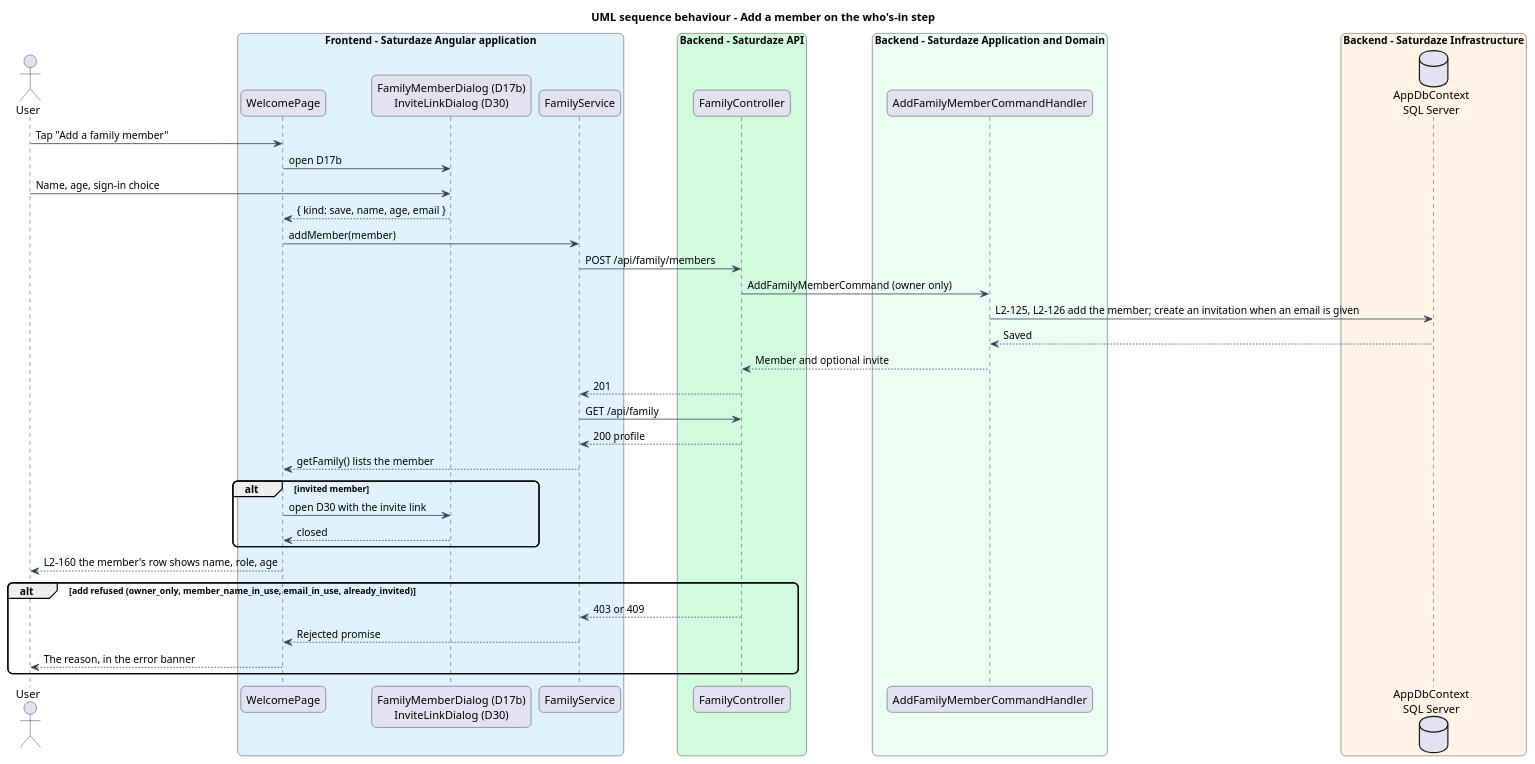
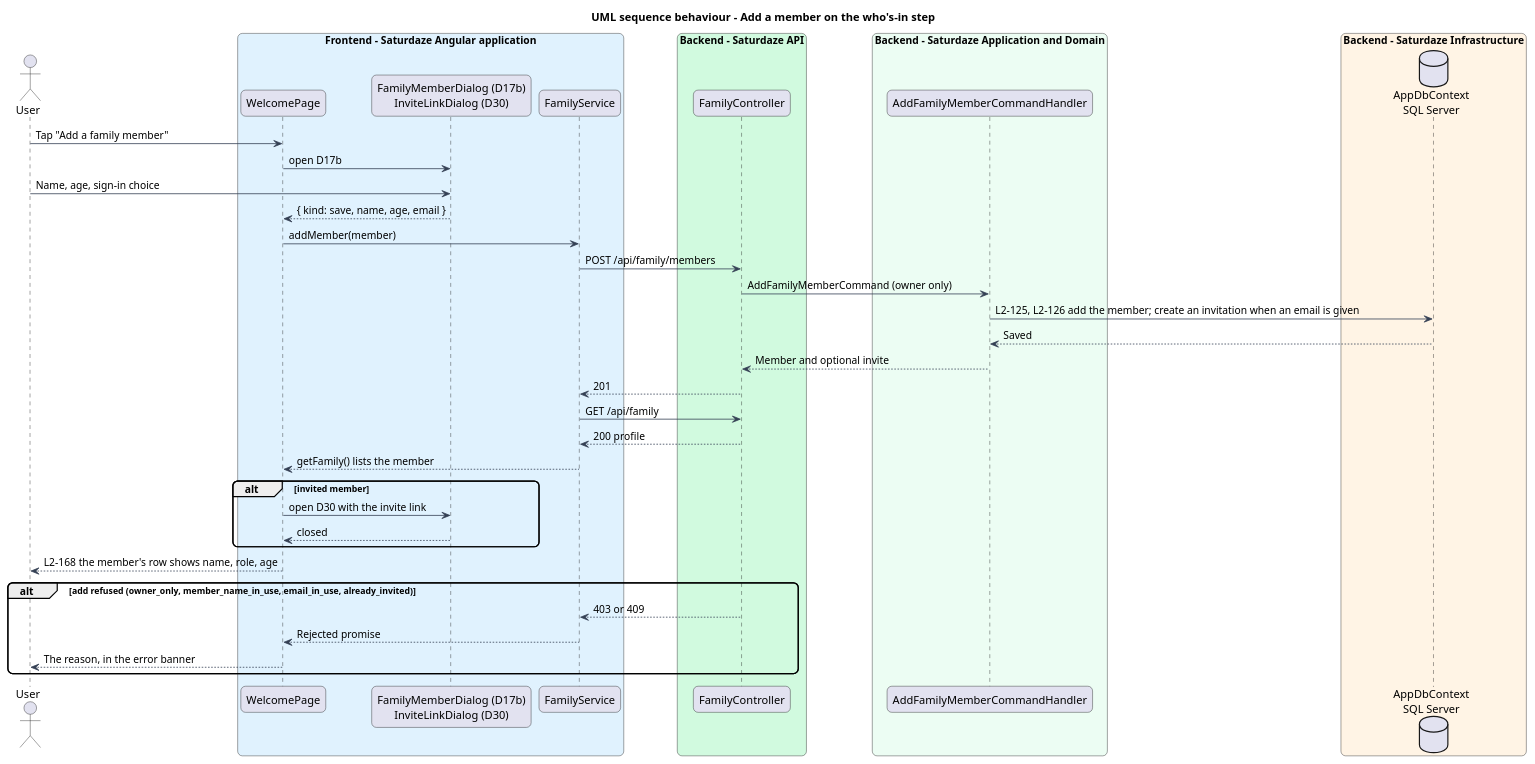
Before and after one commit to QuinntyneBrown/saturdaze: the diagram in docs/detailed-designs/family-profile/onboard-new-family/diagrams/sequence-add-member.puml, drawn with PlantUML. The commit also changed 26 other files, not shown here.

```diff
--- a/docs/detailed-designs/family-profile/onboard-new-family/diagrams/sequence-add-member.puml
+++ b/docs/detailed-designs/family-profile/onboard-new-family/diagrams/sequence-add-member.puml
@@ -1,47 +1,47 @@
 @startuml
 title UML sequence behaviour - Add a member on the who's-in step
 skinparam backgroundColor #FFFFFF
 skinparam shadowing false
 skinparam roundcorner 12
 skinparam defaultFontName Arial
 skinparam ArrowColor #344054
 actor "User" as actor
 box "Frontend - Saturdaze Angular application" #E0F2FE
  participant "WelcomePage" as page
  participant "FamilyMemberDialog (D17b)\nInviteLinkDialog (D30)" as dialog
  participant "FamilyService" as client
 end box
 box "Backend - Saturdaze API" #D1FADF
  participant "FamilyController" as controller
 end box
 box "Backend - Saturdaze Application and Domain" #ECFDF3
  participant "AddFamilyMemberCommandHandler" as handler
 end box
 box "Backend - Saturdaze Infrastructure" #FFF4E5
  database "AppDbContext\nSQL Server" as db
 end box
 actor -> page : Tap "Add a family member"
 page -> dialog : open D17b
 actor -> dialog : Name, age, sign-in choice
 dialog --> page : { kind: save, name, age, email }
 page -> client : addMember(member)
 client -> controller : POST /api/family/members
 controller -> handler : AddFamilyMemberCommand (owner only)
 handler -> db : L2-125, L2-126 add the member; create an invitation when an email is given
 db --> handler : Saved
 handler --> controller : Member and optional invite
 controller --> client : 201
 client -> controller : GET /api/family
 controller --> client : 200 profile
 client --> page : getFamily() lists the member
 alt invited member
  page -> dialog : open D30 with the invite link
  dialog --> page : closed
 end
-page --> actor : L2-160 the member's row shows name, role, age
+page --> actor : L2-168 the member's row shows name, role, age
 alt add refused (owner_only, member_name_in_use, email_in_use, already_invited)
  controller --> client : 403 or 409
  client --> page : Rejected promise
  page --> actor : The reason, in the error banner
 end
 @enduml
```
